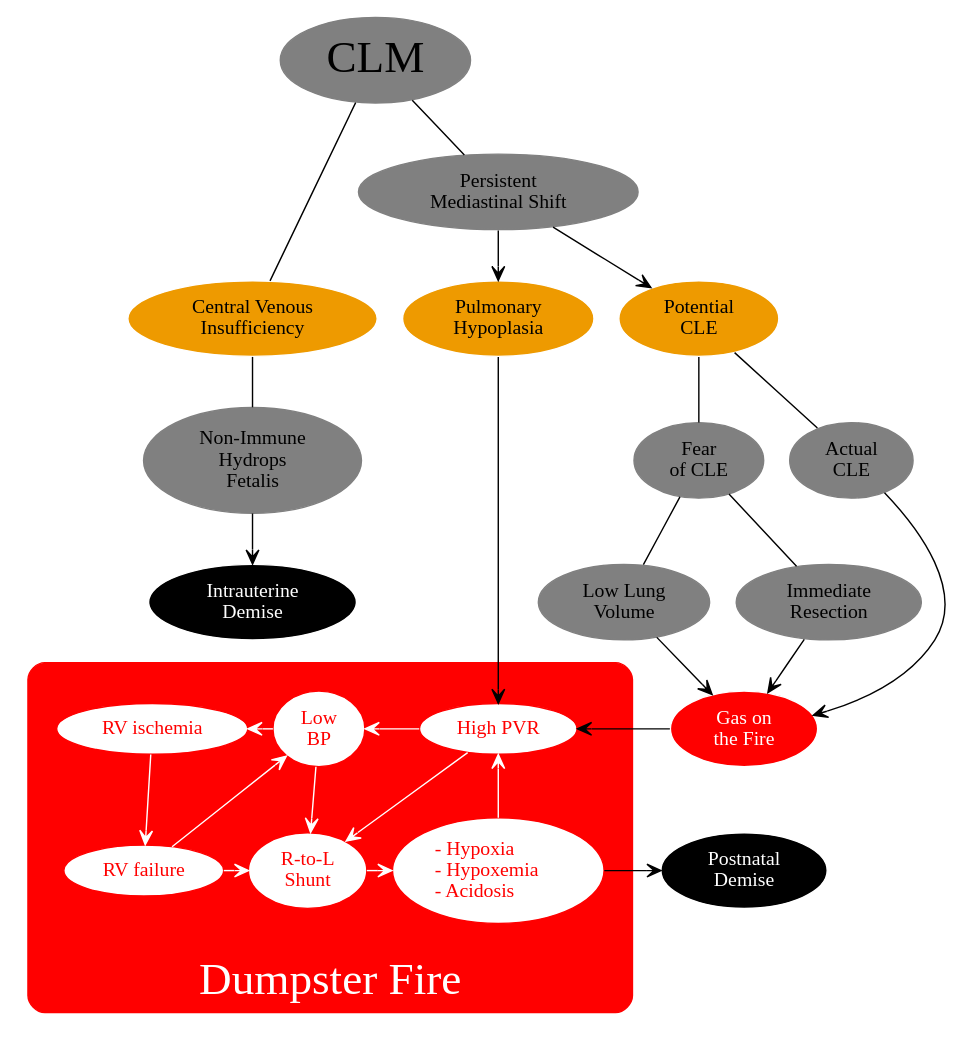
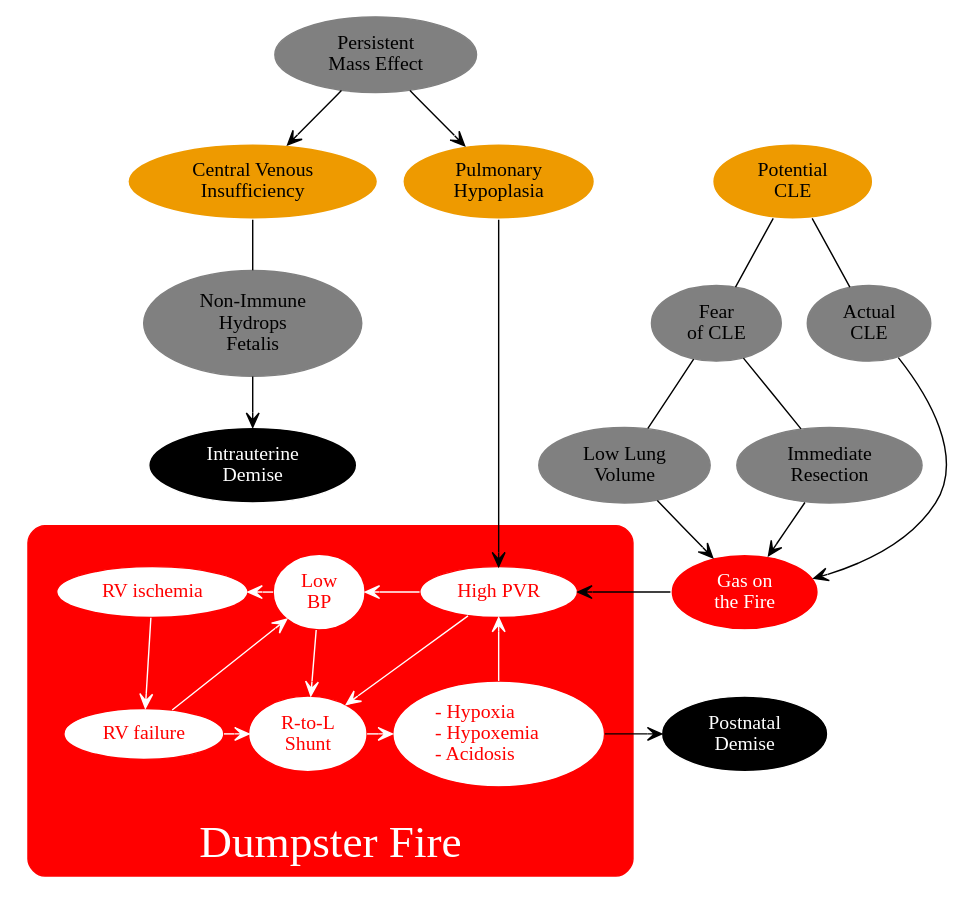
One commit to mdtsandman/CLO changed the diagram in CLO3.dot. Above: the diagram before and after it, drawn with Graphviz. The commit also changed 2 other files, not shown here.

```diff
--- a/CLO3.dot
+++ b/CLO3.dot
@@ -1,95 +1,92 @@
 digraph Risks {
 
 rankdir=TB;
 newrank=true;
 compound=true;
 
 node [color=grey style=filled fillcolor=grey];
 edge [arrowhead=vee];
 
-CLM [label="CLM" fontsize=32];
-PMS [label="Persistent\nMediastinal Shift"];
+PME [label="Persistent\nMass Effect"];
 PHP [label="Pulmonary\nHypoplasia" fillcolor=orange2 color=white];
 CVP [label="Central Venous\nInsufficiency" fillcolor=orange2 color=white];
 MaybeCLE [label="Potential\nCLE" fillcolor=orange2 color=white];
 NIHF [label="Non-Immune\nHydrops\nFetalis"];
 OR [label="Immediate\nResection"];
 Fear [label="Fear\nof CLE"];
 FRC [label="Low Lung\nVolume"];
 CLE [label="Actual\nCLE"];
 IUD [label="Intrauterine\nDemise" style=filled fillcolor=black color=white fontcolor=white];
 Death [label="Postnatal\nDemise" style=filled fillcolor=black color=white fontcolor=white];
 Catalyst [label="Gas on\nthe Fire" fontcolor=white style=filled fillcolor=red color=white];
 
 subgraph ClusterFuck {
 
 	style=rounded;
 	margin=20;
 	color=red;
 	bgcolor=red;
 	fontcolor=white;
 	fontsize=32;
 	label="Dumpster Fire";
 	labelloc=b;
 
 	node [fillcolor=white color=red fontcolor=red];
 	edge [color=white];
 
 	RVI [label="RV ischemia"];
 	RVF [label="RV failure"];
 	
 	subgraph ClusterTriad {
 
 		label="";
 		margin=0;
 		PHTN [label="High PVR"];
 		Shunt [label="R-to-L\nShunt"];
 		LowBP [label="Low\nBP"];
 		Badness [label="- Hypoxia\l- Hypoxemia\l- Acidosis\l"];
 	
 		PHTN -> LowBP -> Shunt -> Badness;
 
 	}
 	
 	PHTN -> Shunt;
 	Badness -> PHTN[weight=200];
 	RVF -> LowBP;
 	RVF -> Shunt;
 	LowBP -> RVI;
 	RVI -> RVF;
 
 	{rank=same PHTN LowBP RVI};
 	{rank=same RVF Shunt};
 
 }
 
 {rank=same CVP PHP MaybeCLE};
 {rank=same NIHF Fear CLE};
 {rank=same IUD FRC OR};
 {rank=same PHTN Catalyst};
 {rank=same Badness Shunt Death};
 
-CLM -> {PMS CVP} [arrowhead=none];
-PMS -> {PHP, MaybeCLE};
+PME -> {CVP PHP};
 CVP -> NIHF [arrowhead=none weight=100];
 NIHF -> IUD [weight=100];
-MaybeCLE -> Fear[arrowhead=none weight=100];
+MaybeCLE -> {Fear CLE}[arrowhead=none];
 Fear -> FRC [arrowhead=none];
 Fear -> OR [arrowhead=none];
-MaybeCLE -> CLE [arrowhead=none];
 PHP -> PHTN [weight=200]
 
 FRC -> Catalyst [weight=100];
 OR -> Catalyst [weight=100];
 CLE -> Catalyst;
 Catalyst -> PHTN;
 
-CVP -> PHP -> MaybeCLE [style=invis];
+//CVP -> PHP -> MaybeCLE [style=invis];
 NIHF -> Fear -> CLE [style=invis];
 IUD -> FRC -> OR [style=invis];
 PHTN -> Catalyst [style=invis];
 
 Catalyst -> Death [style=invis weight=100];
 Badness -> Death;
 
 }
```
